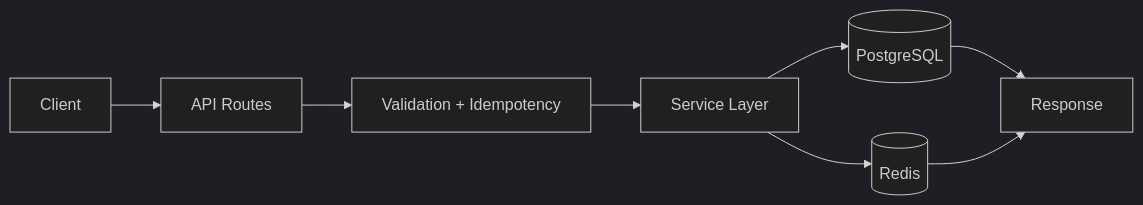
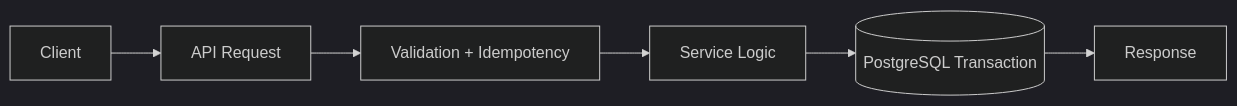
One commit to atulkr20/LedgerPay changed the diagram in Readme.md. Above: the diagram before and after it, drawn with Mermaid (dark theme). The commit also changed other lines of this file, not shown here.

````diff
--- a/Readme.md
+++ b/Readme.md
@@ -24,10 +22,8 @@
 ```mermaid
 flowchart LR
-  A[Client] --> B[API Routes]
+  A[Client] --> B[API Request]
   B --> C[Validation + Idempotency]
-  C --> D[Service Layer]
-  D --> E[(PostgreSQL)]
-  D --> F[(Redis)]
-  E --> G[Response]
-  F --> G
+  C --> D[Service Logic]
+  D --> E[(PostgreSQL Transaction)]
+  E --> F[Response]
 ```
````
